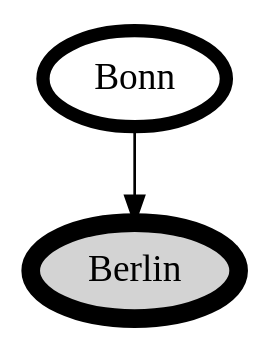
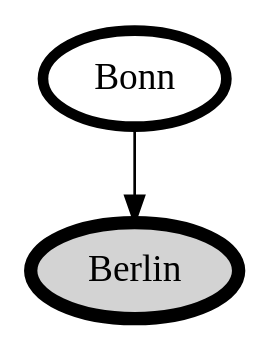
Before and after one commit to gitpan/Graph-Easy: the diagram in t/in/dot/2_setlinewidth.dot, drawn with Graphviz. The commit also changed 95 other files, not shown here.

First line of the commit message:
Import of TELS/Graph-Easy-0.55 from CPAN.

```diff
--- a/t/in/dot/2_setlinewidth.dot
+++ b/t/in/dot/2_setlinewidth.dot
@@ -1,7 +1,7 @@
 digraph {
-  "Bonn" [ style="setlinewidth(5)" ]
-  "Berlin" [ style="filled, setlinewidth(7)" ]
+  "Bonn" [ style="setlinewidth(4)" ]
+  "Berlin" [ style="filled, setlinewidth(5)" ]
 
   "Bonn" -> "Berlin"
 
 }
```
